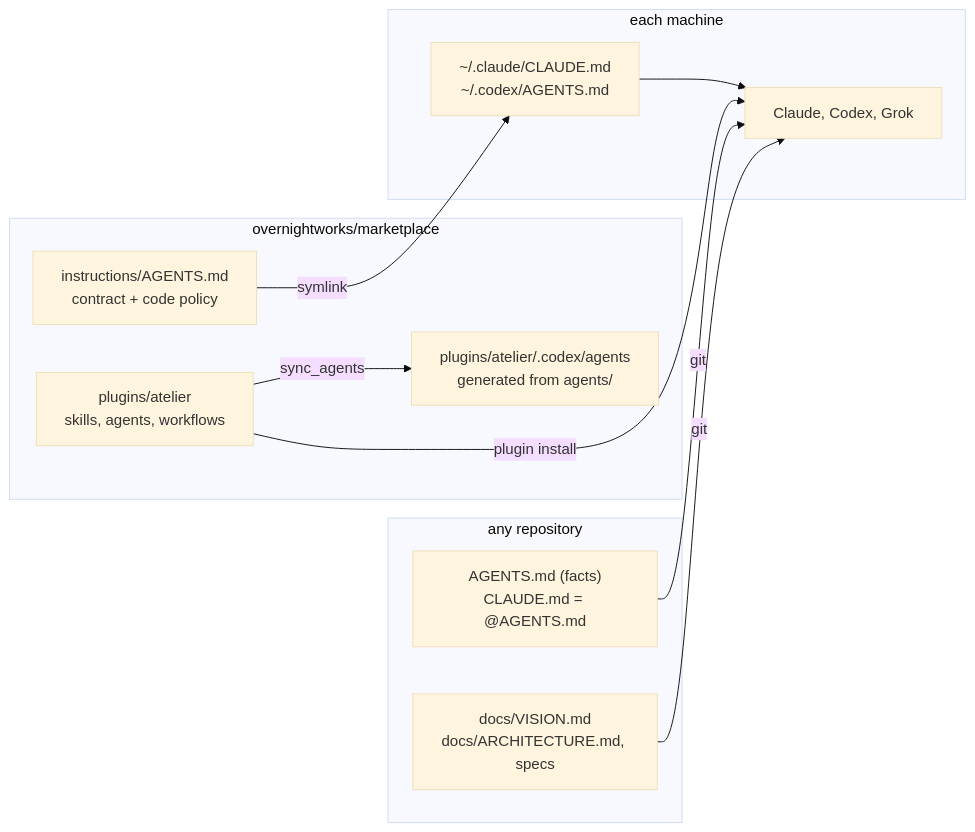
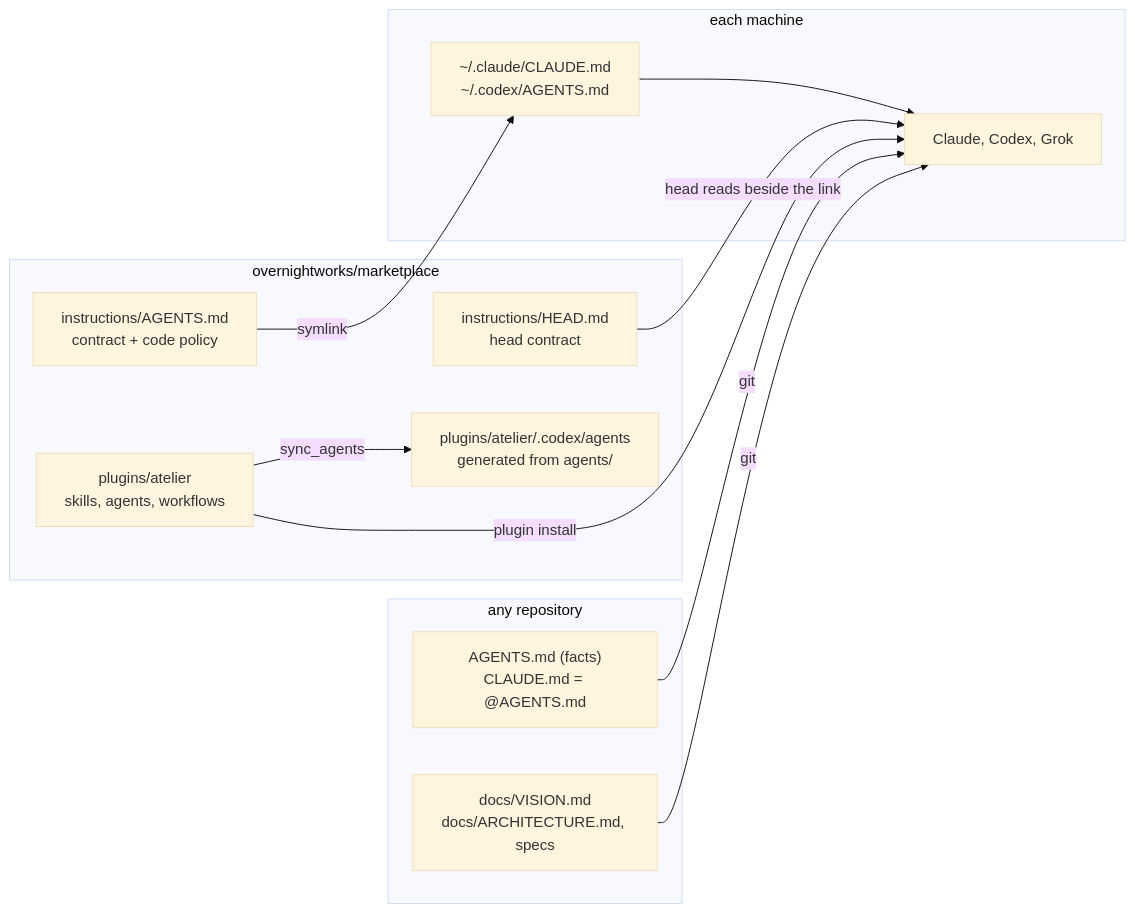
The diagram in docs/ARCHITECTURE.md (overnightworks/marketplace), drawn with Mermaid (base theme) before and after one commit. The commit also changed other lines of this file and 9 other files, not shown here.

First line of the commit message:
Point every reader of a moved contract section at HEAD.md

````diff
--- a/docs/ARCHITECTURE.md
+++ b/docs/ARCHITECTURE.md
@@ -21,21 +22,23 @@
 ```mermaid
 flowchart LR
     subgraph marketplace["overnightworks/marketplace"]
         contract["instructions/AGENTS.md<br/>contract + code policy"]
+        headfile["instructions/HEAD.md<br/>head contract"]
         plugin["plugins/atelier<br/>skills, agents, workflows"]
         codexagents["plugins/atelier/.codex/agents<br/>generated from agents/"]
     end
     subgraph machine["each machine"]
         userfiles["~/.claude/CLAUDE.md<br/>~/.codex/AGENTS.md"]
         host["Claude, Codex, Grok"]
     end
     subgraph repository["any repository"]
         facts["AGENTS.md (facts)<br/>CLAUDE.md = @AGENTS.md"]
         docs["docs/VISION.md<br/>docs/ARCHITECTURE.md, specs"]
     end
     contract -- symlink --> userfiles --> host
+    headfile -- head reads beside the link --> host
     plugin -- plugin install --> host
     plugin -- sync_agents --> codexagents
     facts -- git --> host
     docs -- git --> host
 ```
````
